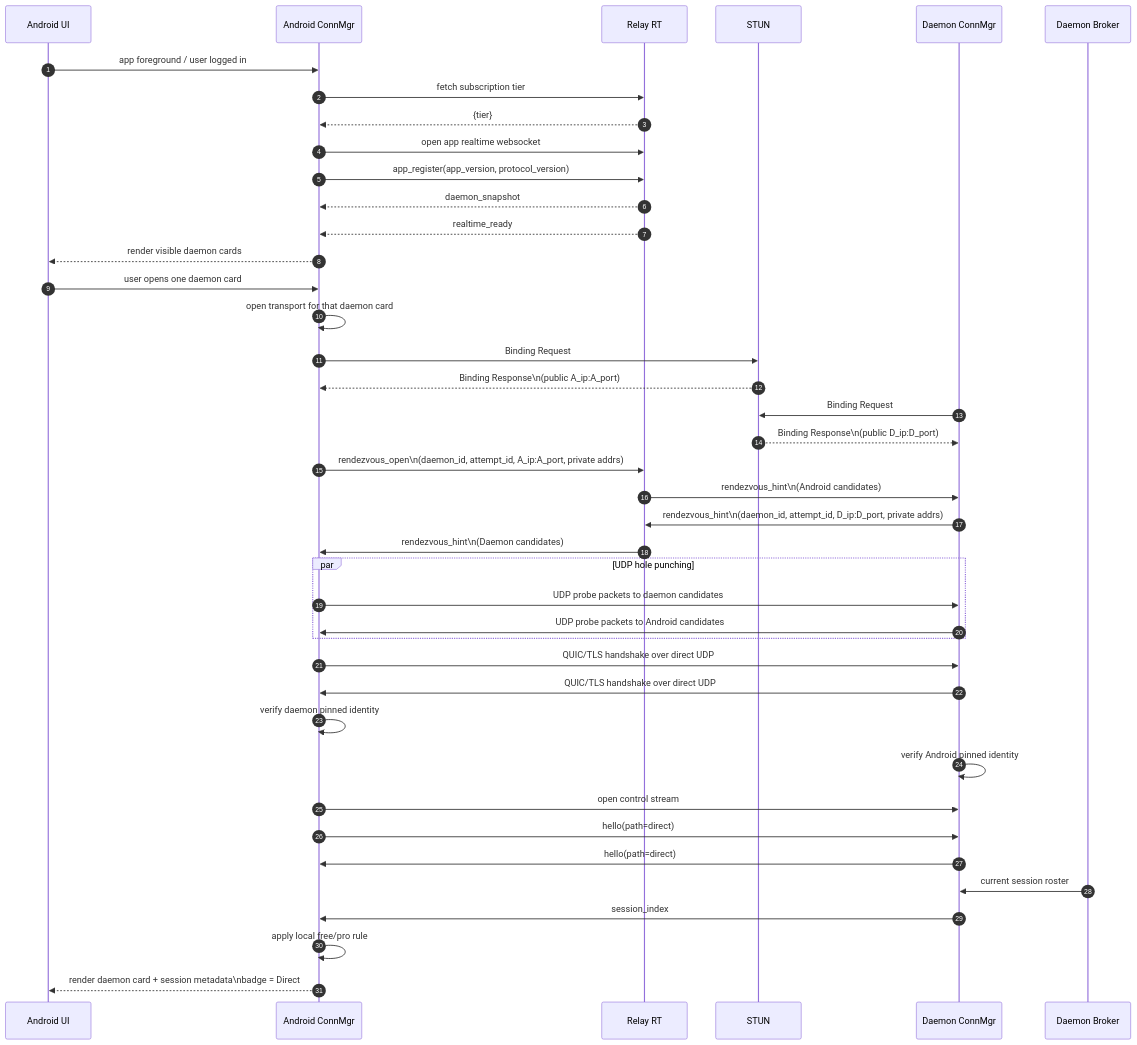
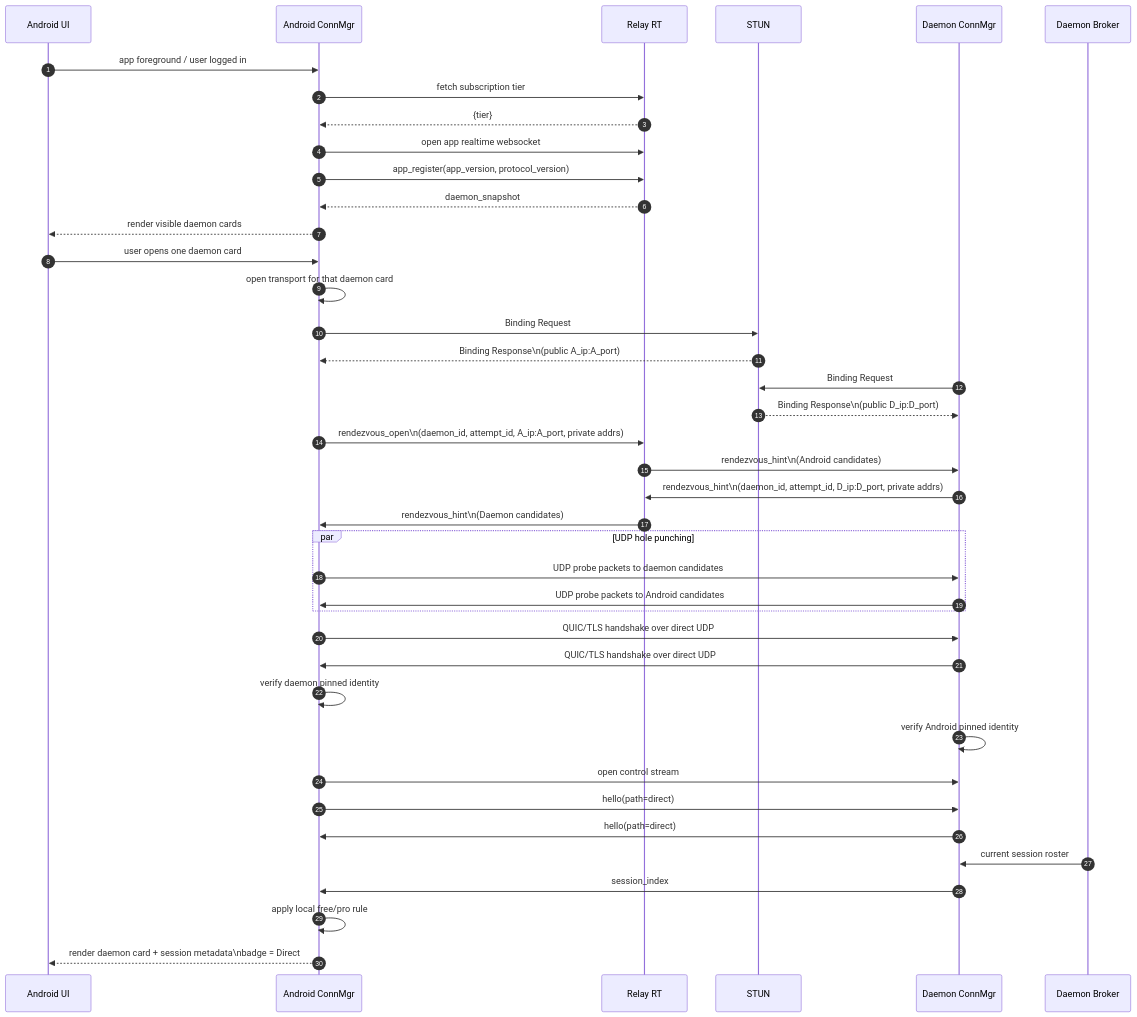
Before and after one commit to yuanbohan/agent-tunnel: the third of 8 diagrams in docs/connectivity/reference/sequence-flows.md, drawn with Mermaid. The commit also changed 46 other files, not shown here.

````diff
--- a/docs/connectivity/reference/sequence-flows.md
+++ b/docs/connectivity/reference/sequence-flows.md
@@ -107,50 +107,49 @@
 ```mermaid
 sequenceDiagram
     autonumber
     participant AndroidUI as Android UI
     participant AndroidConn as Android ConnMgr
     participant RelayRT as Relay RT
     participant STUN
     participant DaemonConn as Daemon ConnMgr
     participant DaemonBroker as Daemon Broker
 
     AndroidUI->>AndroidConn: app foreground / user logged in
     AndroidConn->>RelayRT: fetch subscription tier
     RelayRT-->>AndroidConn: {tier}
     AndroidConn->>RelayRT: open app realtime websocket
     AndroidConn->>RelayRT: app_register(app_version, protocol_version)
     RelayRT-->>AndroidConn: daemon_snapshot
-    RelayRT-->>AndroidConn: realtime_ready
     AndroidConn-->>AndroidUI: render visible daemon cards
 
     AndroidUI->>AndroidConn: user opens one daemon card
     AndroidConn->>AndroidConn: open transport for that daemon card
     AndroidConn->>STUN: Binding Request
     STUN-->>AndroidConn: Binding Response\n(public A_ip:A_port)
 
     DaemonConn->>STUN: Binding Request
     STUN-->>DaemonConn: Binding Response\n(public D_ip:D_port)
 
     AndroidConn->>RelayRT: rendezvous_open\n(daemon_id, attempt_id, A_ip:A_port, private addrs)
     RelayRT->>DaemonConn: rendezvous_hint\n(Android candidates)
     DaemonConn->>RelayRT: rendezvous_hint\n(daemon_id, attempt_id, D_ip:D_port, private addrs)
     RelayRT->>AndroidConn: rendezvous_hint\n(Daemon candidates)
 
     par UDP hole punching
         AndroidConn->>DaemonConn: UDP probe packets to daemon candidates
         DaemonConn->>AndroidConn: UDP probe packets to Android candidates
     end
 
     AndroidConn->>DaemonConn: QUIC/TLS handshake over direct UDP
     DaemonConn->>AndroidConn: QUIC/TLS handshake over direct UDP
     AndroidConn->>AndroidConn: verify daemon pinned identity
     DaemonConn->>DaemonConn: verify Android pinned identity
 
     AndroidConn->>DaemonConn: open control stream
     AndroidConn->>DaemonConn: hello(path=direct)
     DaemonConn->>AndroidConn: hello(path=direct)
     DaemonBroker->>DaemonConn: current session roster
     DaemonConn->>AndroidConn: session_index
     AndroidConn->>AndroidConn: apply local free/pro rule
     AndroidConn-->>AndroidUI: render daemon card + session metadata\nbadge = Direct
 ```
````
